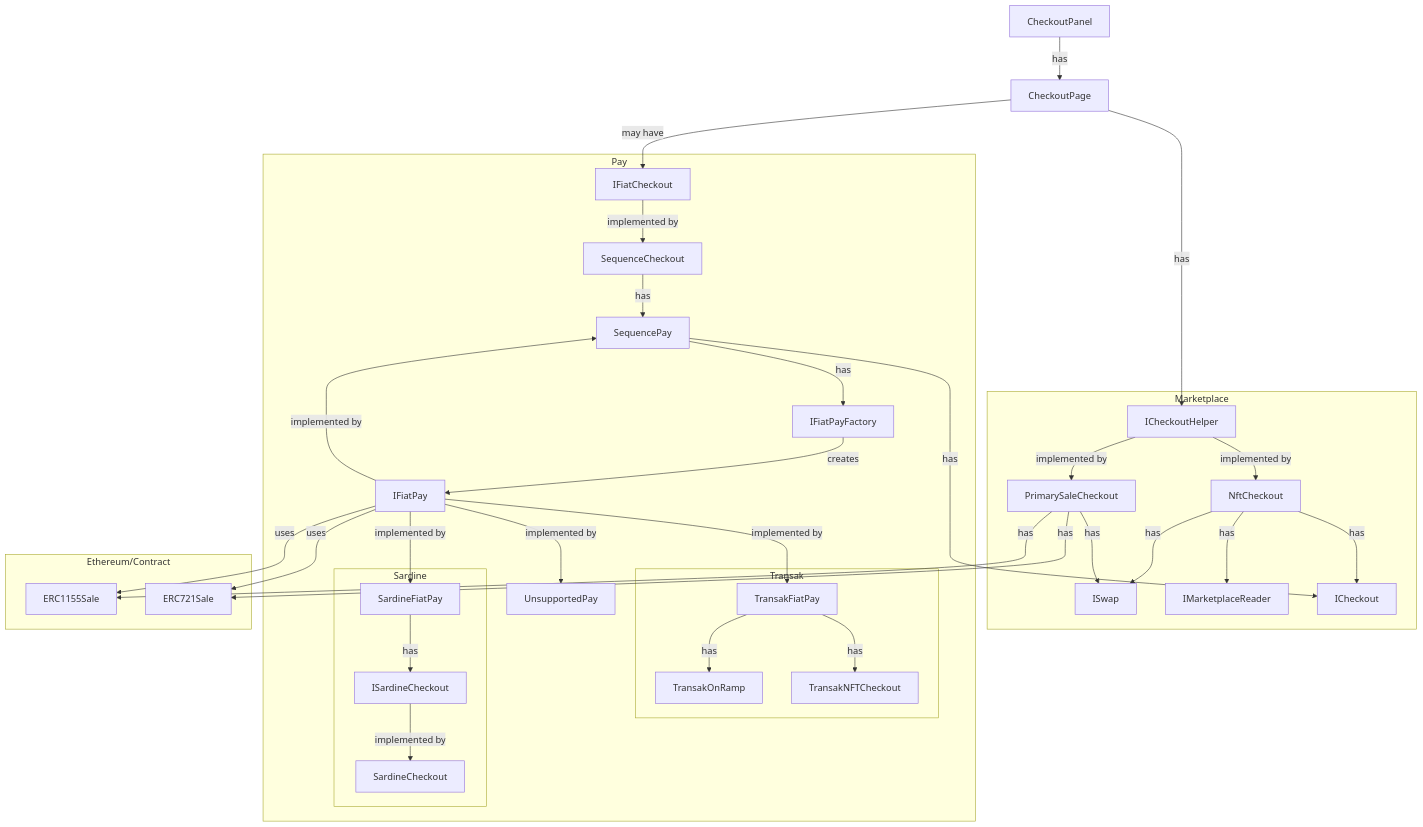
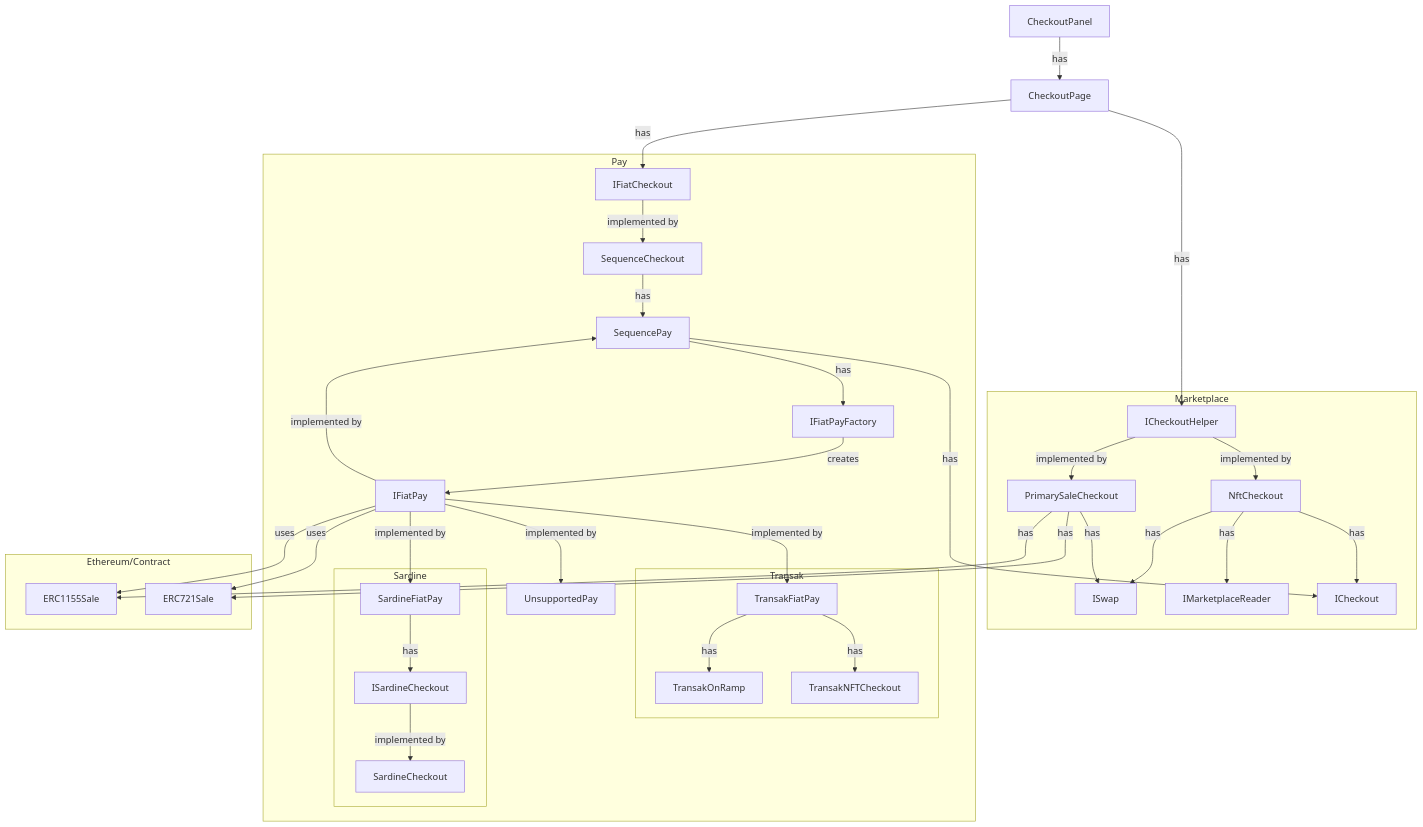
Before and after one commit to 0xsequence/sequence-unity: the diagram in Packages/Sequence-Unity/Sequence/SequenceSDK/Marketplace/ERG_CheckoutModal.mmd, drawn with Mermaid.

Commit message:
Fix mermaid diagram

```diff
--- a/Packages/Sequence-Unity/Sequence/SequenceSDK/Marketplace/ERG_CheckoutModal.mmd
+++ b/Packages/Sequence-Unity/Sequence/SequenceSDK/Marketplace/ERG_CheckoutModal.mmd
@@ -1,60 +1,60 @@
 graph TD
     %% Define nodes and relationships
     panel[CheckoutPanel] --> |has| modal
     modal[CheckoutPage] --> |has| ch[ICheckoutHelper]
-    modal --> |may have| fc[IFiatCheckout]
+    modal --> |has| fc[IFiatCheckout]
     ch --> |implemented by| nc[NftCheckout]
     ch --> |implemented by| psc[PrimarySaleCheckout]
     nc --> |has| swap[ISwap]
     nc --> |has| reader[IMarketplaceReader]
     nc --> |has| checkout[ICheckout]
     fc --> |implemented by| seqc[SequenceCheckout]
     seqc --> |has| pay[SequencePay]
     fp[IFiatPay] --> |implemented by| pay
     pay --> |has| checkout
     pay --> |has| fpf[IFiatPayFactory]
     fpf --> |creates|fp 
     fp --> |implemented by| up[UnsupportedPay]
     fp --> |implemented by| sfp[SardineFiatPay]
     sfp --> |has| isc[ISardineCheckout]
     isc --> |implemented by| sc[SardineCheckout]
     fp --> |implemented by| tfp[TransakFiatPay]
     tfp --> |has| tor[TransakOnRamp]
     tfp --> |has| tnc[TransakNFTCheckout]
     psc --> |has| pssft[ERC1155Sale]
     psc --> |has| psnft[ERC721Sale]
     fp --> |uses| pssft
     fp --> |uses| psnft
     psc --> |has| swap
     
     %% Subgraphs to group components
     subgraph Marketplace
         ch
         nc
         swap
         reader
         checkout
         psc
     end
     subgraph Pay
         fc
         seqc
         pay
         fp
         fpf
         up
         subgraph Transak
             tfp
             tor
             tnc
         end
         subgraph Sardine
             sfp
             isc
             sc
         end
     end
     subgraph Ethereum/Contract
         pssft
         psnft
     end
```
